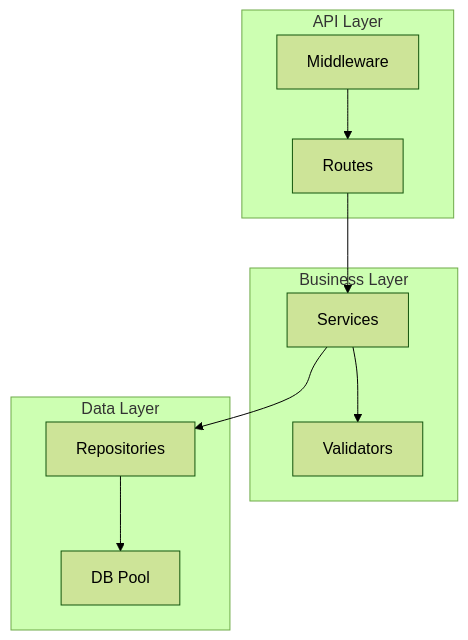
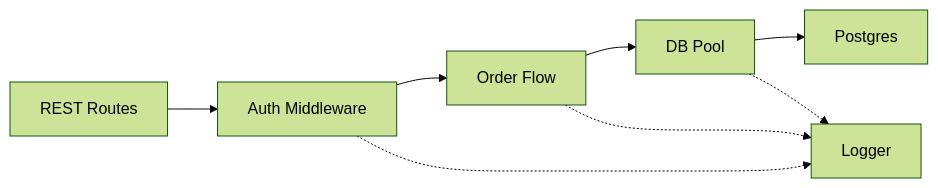
The first of 4 diagrams in skills/c3-container-design/SKILL.md (lagz0ne/c3-skill), drawn with Mermaid (forest theme) before and after one commit. The commit also changed other lines of this file and 16 other files, not shown here.

````diff
--- a/skills/c3-container-design/SKILL.md
+++ b/skills/c3-container-design/SKILL.md
@@ -122,23 +138,11 @@
 ```mermaid
-graph TD
-    subgraph "API Layer"
-        R[Routes]
-        M[Middleware]
-    end
+flowchart LR
+    Entry[REST Routes] --> Auth[Auth Middleware]
+    Auth --> Business[Order Flow]
+    Business --> DB[DB Pool]
+    DB --> External[Postgres]
 
-    subgraph "Business Layer"
-        S[Services]
-        V[Validators]
-    end
-
-    subgraph "Data Layer"
-        RP[Repositories]
-        P[DB Pool]
-    end
-
-    M --> R
-    R --> S
-    S --> V
-    S --> RP
-    RP --> P
+    Auth -.-> Log[Logger]
+    Business -.-> Log
+    DB -.-> Log
 ```
````
